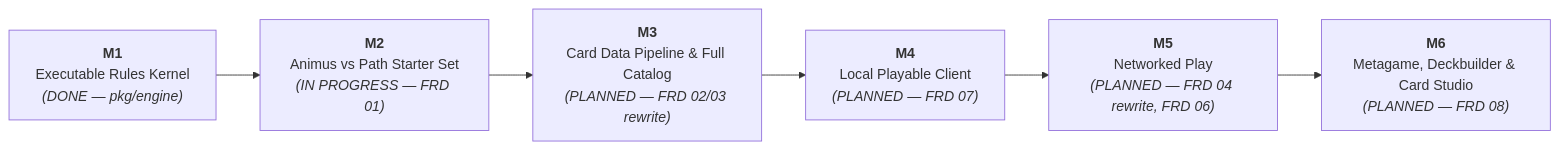
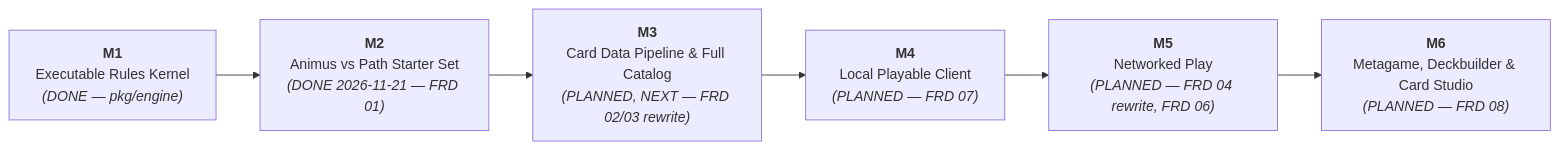
Before and after one commit to hailstorm01/animus-mundi: the diagram in docs/PRODUCT_SUMMARY.md, drawn with Mermaid. The commit also changed other lines of this file, not shown here.

Commit message:
docs(product): M2 done (2026-11-21) — sync product summary with wave H.3 and the user's sign-off

````diff
--- a/docs/PRODUCT_SUMMARY.md
+++ b/docs/PRODUCT_SUMMARY.md
@@ -251,11 +261,11 @@
 ```mermaid
 flowchart LR
     M1["<b>M1</b><br/>Executable Rules Kernel<br/><i>(DONE — pkg/engine)</i>"]
-    M2["<b>M2</b><br/>Animus vs Path Starter Set<br/><i>(IN PROGRESS — FRD 01)</i>"]
-    M3["<b>M3</b><br/>Card Data Pipeline & Full Catalog<br/><i>(PLANNED — FRD 02/03 rewrite)</i>"]
+    M2["<b>M2</b><br/>Animus vs Path Starter Set<br/><i>(DONE 2026-11-21 — FRD 01)</i>"]
+    M3["<b>M3</b><br/>Card Data Pipeline & Full Catalog<br/><i>(PLANNED, NEXT — FRD 02/03 rewrite)</i>"]
     M4["<b>M4</b><br/>Local Playable Client<br/><i>(PLANNED — FRD 07)</i>"]
     M5["<b>M5</b><br/>Networked Play<br/><i>(PLANNED — FRD 04 rewrite, FRD 06)</i>"]
     M6["<b>M6</b><br/>Metagame, Deckbuilder & Card Studio<br/><i>(PLANNED — FRD 08)</i>"]
 
     M1 --> M2 --> M3 --> M4 --> M5 --> M6
 ```
````
